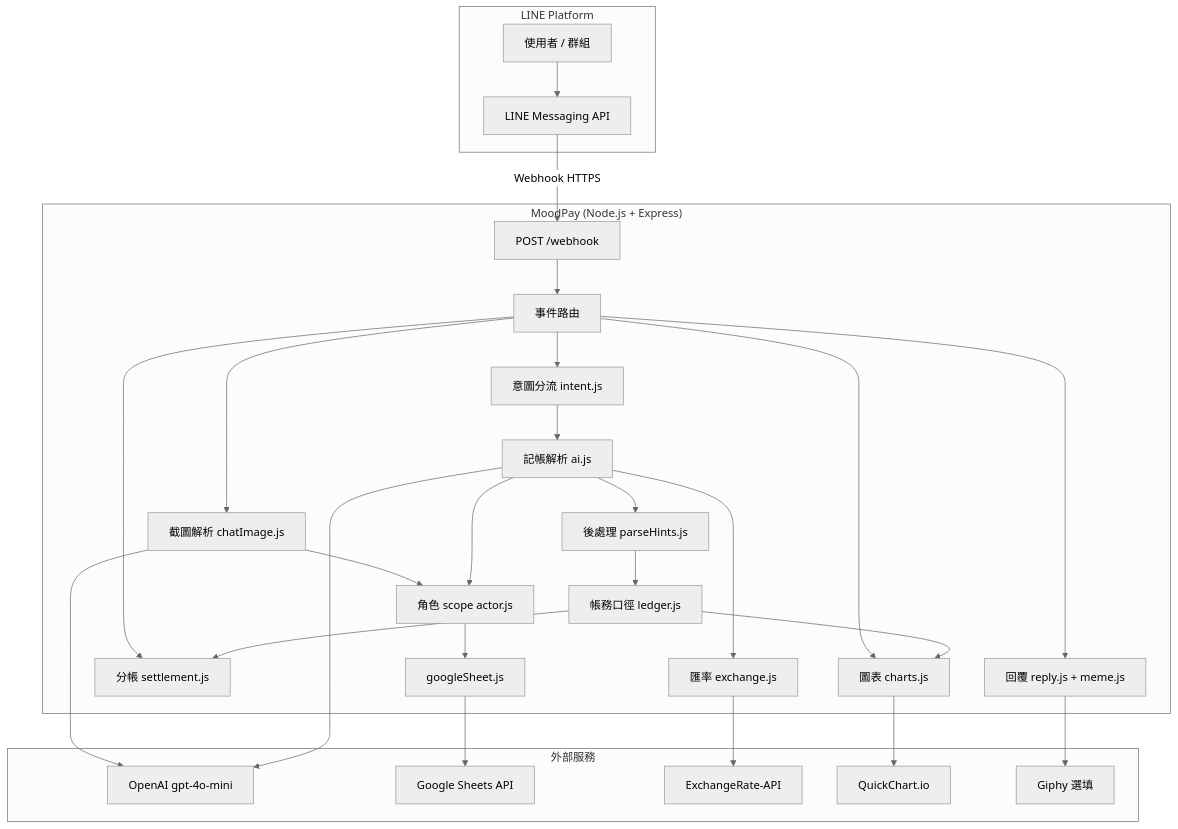
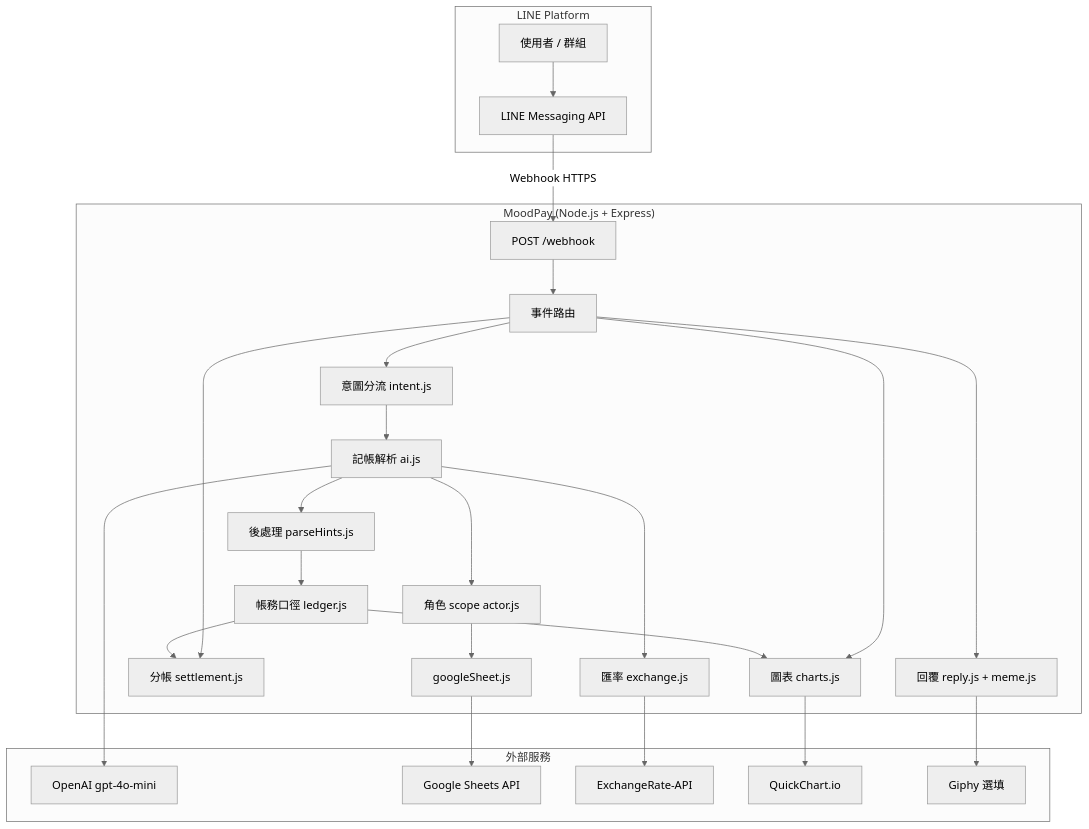
Before and after one commit to hiiameartha/ai-split-bot: the diagram in README.md, drawn with Mermaid (neutral theme). The commit also changed other lines of this file and 18 other files, not shown here.

Commit message:
fix: v1.3.0：sharedWith 入 Sheet、Webhook/快取優化、移除截圖匯入、統一測試與 CI

````diff
--- a/README.md
+++ b/README.md
@@ -25,55 +25,51 @@
 ```mermaid
 flowchart TB
   subgraph LINE["LINE Platform"]
     User[使用者 / 群組]
     LINEAPI[LINE Messaging API]
   end
 
   subgraph App["MoodPay (Node.js + Express)"]
     WH["POST /webhook"]
     Router[事件路由]
     Intent[意圖分流 intent.js]
     AI[記帳解析 ai.js]
     Hints[後處理 parseHints.js]
     Ledger[帳務口徑 ledger.js]
-    Img[截圖解析 chatImage.js]
     Actor[角色 scope actor.js]
     FX[匯率 exchange.js]
     Settle[分帳 settlement.js]
     Chart[圖表 charts.js]
     Reply[回覆 reply.js + meme.js]
     Sheet[googleSheet.js]
   end
 
   subgraph External["外部服務"]
     OpenAI[OpenAI gpt-4o-mini]
     GSheet[Google Sheets API]
     ER[ExchangeRate-API]
     QC[QuickChart.io]
     Giphy[Giphy 選填]
   end
 
   User --> LINEAPI
   LINEAPI -->|Webhook HTTPS| WH
   WH --> Router
   Router --> Intent
-  Router --> Img
   Intent --> AI
   AI --> Hints
   Hints --> Ledger
   AI --> Actor
   AI --> FX
   Actor --> Sheet
   Ledger --> Chart
   Ledger --> Settle
-  Img --> Actor
   Router --> Settle
   Router --> Chart
   Chart --> QC
   Router --> Reply
   Reply --> Giphy
   AI --> OpenAI
-  Img --> OpenAI
   Sheet --> GSheet
   FX --> ER
 ```
````
